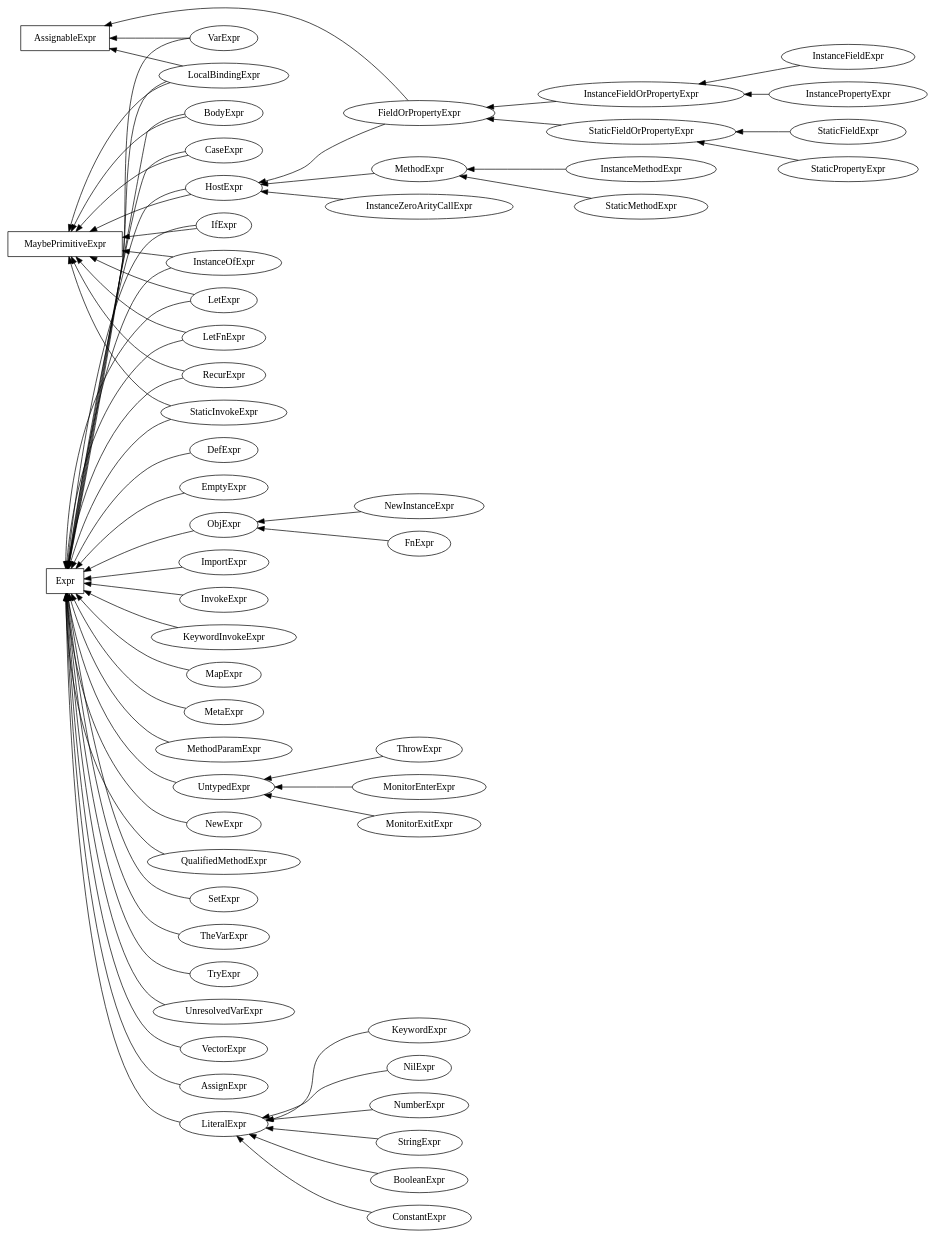
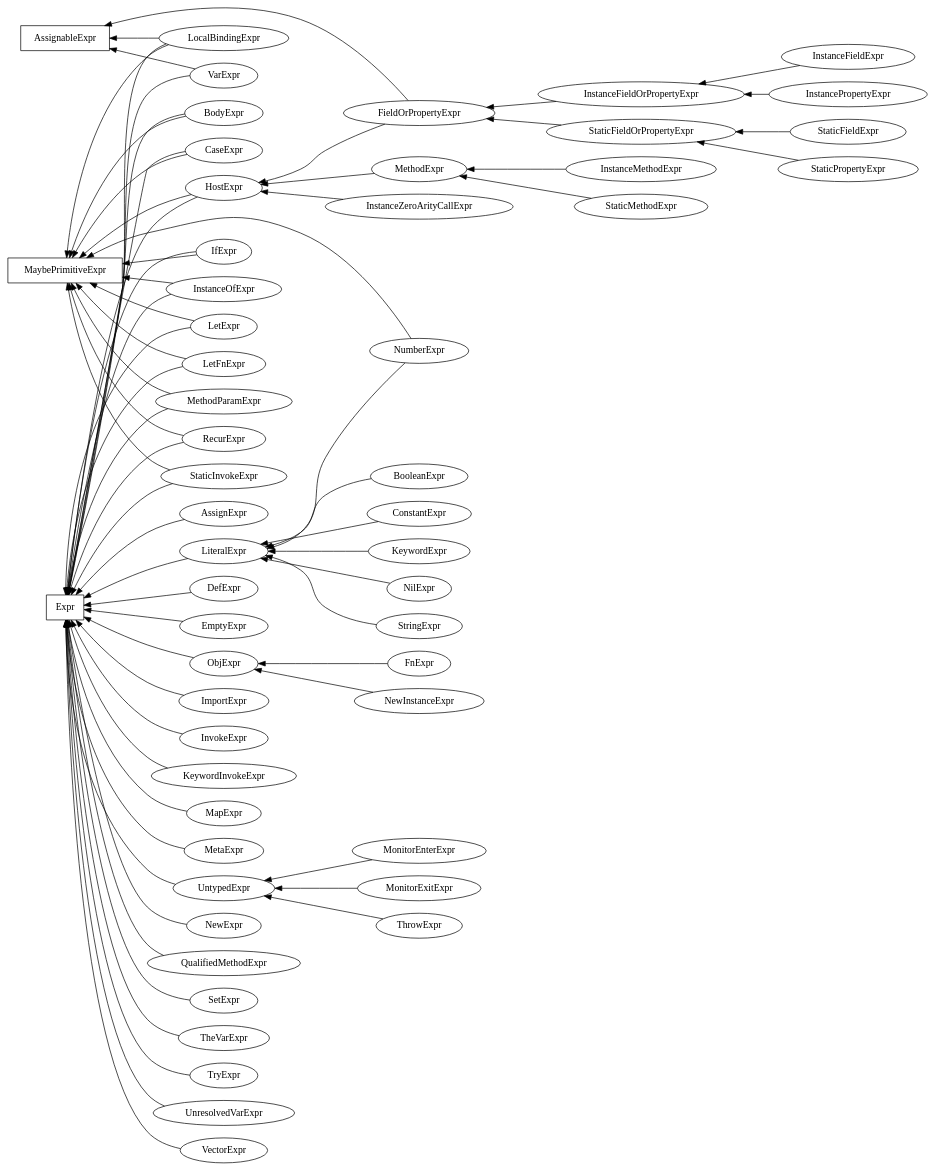
Before and after one commit to dmiller/clojure-clr-next: the diagram in docs/expr-type-dependencies.dot, drawn with Graphviz. The commit also changed 3 other files, not shown here.

```diff
--- a/docs/expr-type-dependencies.dot
+++ b/docs/expr-type-dependencies.dot
@@ -1,75 +1,75 @@
 strict digraph G {
 
 rankdir = RL;
 
 /* here start the interfaces */
 
 {
 	node [shape=box];
 
 	AssignableExpr;
 	MaybePrimitiveExpr;
 	Expr;
 }
 
 /* Here start (mostly) the classes */
 
 {
 	node [shape=ellipse]           
 		   
 	AssignExpr                   -> { Expr };          
 	BodyExpr                     -> { Expr, MaybePrimitiveExpr };
 	BooleanExpr                  -> { LiteralExpr };
 	CaseExpr                     -> { Expr, MaybePrimitiveExpr };
 	ConstantExpr                 -> { LiteralExpr };
 	DefExpr                      -> { Expr };
 	EmptyExpr                    -> { Expr };	
 	FieldOrPropertyExpr          -> { HostExpr, AssignableExpr };
 	FnExpr                       -> { ObjExpr };
 	HostExpr                     -> { Expr, MaybePrimitiveExpr };
 	IfExpr                       -> { Expr, MaybePrimitiveExpr };
 	ImportExpr                   -> { Expr };  
 	InstanceFieldOrPropertyExpr  -> { FieldOrPropertyExpr };	
 	InstanceFieldExpr            -> { InstanceFieldOrPropertyExpr };
 	InstancePropertyExpr         -> { InstanceFieldOrPropertyExpr };
 	InstanceMethodExpr           -> { MethodExpr };
 	InstanceOfExpr               -> { Expr, MaybePrimitiveExpr };
 	InstanceZeroArityCallExpr    -> { HostExpr };         
 	InvokeExpr                   -> { Expr };            
 	KeywordExpr                  -> { LiteralExpr };
 	KeywordInvokeExpr            -> { Expr }; 
 	LetExpr                      -> { Expr, MaybePrimitiveExpr };
 	LetFnExpr                    -> { Expr, MaybePrimitiveExpr };
 	LiteralExpr                  -> { Expr };  
 	LocalBindingExpr             -> { Expr, MaybePrimitiveExpr, AssignableExpr };
 	MapExpr                      -> { Expr };
 	MetaExpr                     -> { Expr };   
 	MethodExpr                   -> { HostExpr };
-	MethodParamExpr              -> { Expr };   
+	MethodParamExpr              -> { Expr, MaybePrimitiveExpr };   
 	MonitorEnterExpr             -> { UntypedExpr };   
 	MonitorExitExpr              -> { UntypedExpr }; 
 	NewExpr                      -> { Expr };
 	NewInstanceExpr              -> { ObjExpr };
 	NilExpr                      -> { LiteralExpr };           
-	NumberExpr                   -> { LiteralExpr };
+	NumberExpr                   -> { LiteralExpr, MaybePrimitiveExpr };
 	ObjExpr                      -> { Expr };                          
 	RecurExpr                    -> { Expr, MaybePrimitiveExpr };
 	QualifiedMethodExpr          -> { Expr };
 	SetExpr                      -> { Expr };   
 	StaticFieldOrPropertyExpr    -> {FieldOrPropertyExpr };
 	StaticFieldExpr              -> { StaticFieldOrPropertyExpr };
 	StaticPropertyExpr           -> { StaticFieldOrPropertyExpr };
 	StaticInvokeExpr             -> { Expr, MaybePrimitiveExpr };
 	StaticMethodExpr             -> { MethodExpr };
 	StringExpr                   -> { LiteralExpr }; 
 	TheVarExpr                   -> { Expr };   
 	ThrowExpr                    -> { UntypedExpr }; 
 	TryExpr                      -> { Expr };   
 	UnresolvedVarExpr            -> { Expr };   
 	UntypedExpr                  -> { Expr };   
 	VarExpr                      -> { Expr, AssignableExpr };   
 	VectorExpr                   -> { Expr }; 
 
 }
 
 }
```
